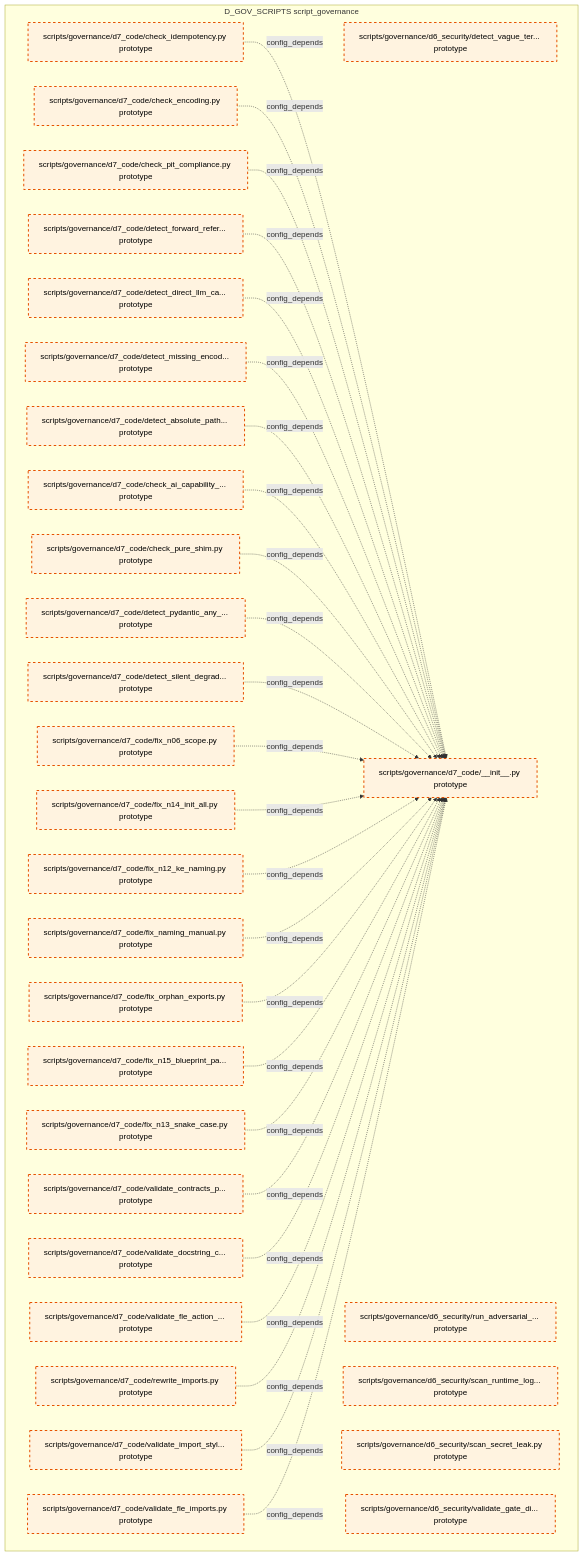
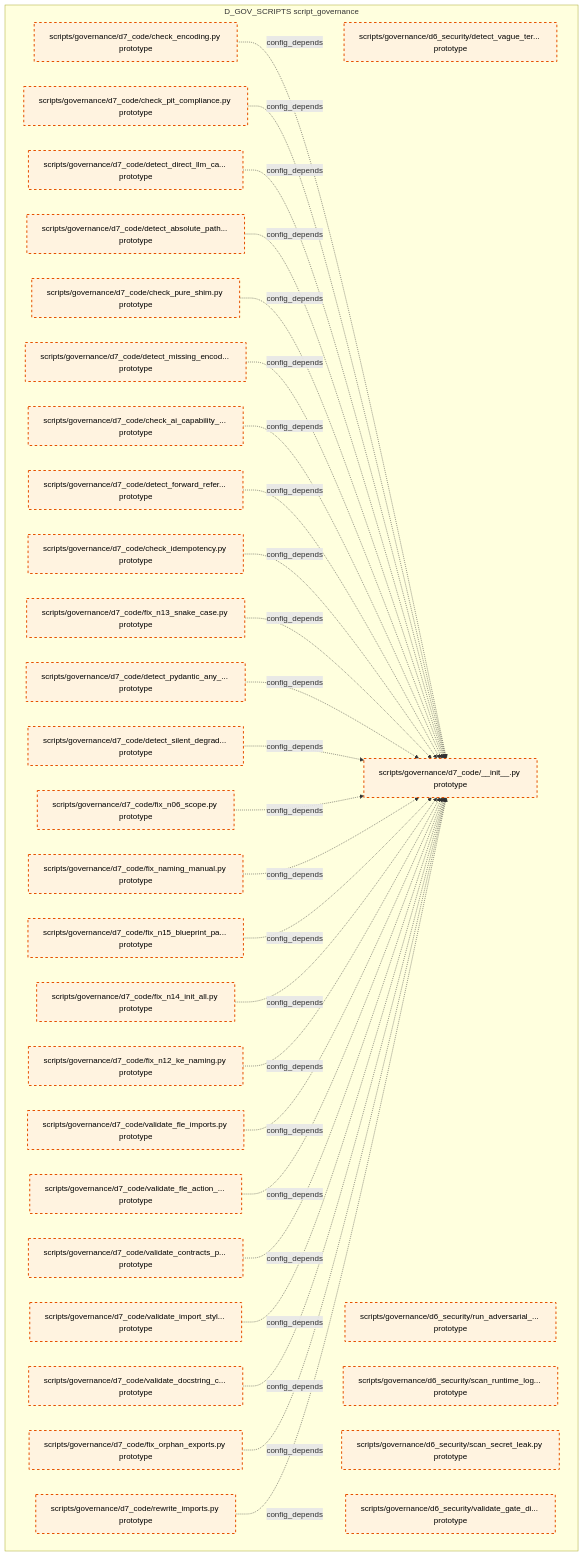
One commit to xuanFelixVan/ZephyrAlpha changed the tenth of 15 diagrams in docs/02_enterprise_architecture/02_domain_architecture_docs/37_d_gov_scripts.md. Above: the diagram before and after it, drawn with Mermaid. The commit also changed other lines of this file and 97 other files, not shown here.

````diff
--- a/docs/02_enterprise_architecture/02_domain_architecture_docs/37_d_gov_scripts.md
+++ b/docs/02_enterprise_architecture/02_domain_architecture_docs/37_d_gov_scripts.md
@@ -696,64 +695,64 @@
 ```mermaid
 graph TD
     subgraph D_GOV_SCRIPTS["D_GOV_SCRIPTS script_governance"]
         scripts_governance_d6_security_detect_vague_terms_py["scripts/governance/d6_security/detect_vague_ter... prototype"]
         scripts_governance_d6_security_run_adversarial_checks_py["scripts/governance/d6_security/run_adversarial_... prototype"]
         scripts_governance_d6_security_scan_runtime_log_secrets_py["scripts/governance/d6_security/scan_runtime_log... prototype"]
         scripts_governance_d6_security_scan_secret_leak_py["scripts/governance/d6_security/scan_secret_leak.py prototype"]
         scripts_governance_d6_security_validate_gate_discipline_py["scripts/governance/d6_security/validate_gate_di... prototype"]
         scripts_governance_d7_code_init_py["scripts/governance/d7_code/__init__.py prototype"]
         scripts_governance_d7_code_check_ai_capability_boundary_py["scripts/governance/d7_code/check_ai_capability_... prototype"]
         scripts_governance_d7_code_check_encoding_py["scripts/governance/d7_code/check_encoding.py prototype"]
         scripts_governance_d7_code_check_idempotency_py["scripts/governance/d7_code/check_idempotency.py prototype"]
         scripts_governance_d7_code_check_pit_compliance_py["scripts/governance/d7_code/check_pit_compliance.py prototype"]
         scripts_governance_d7_code_check_pure_shim_py["scripts/governance/d7_code/check_pure_shim.py prototype"]
         scripts_governance_d7_code_detect_absolute_path_hardcoding_py["scripts/governance/d7_code/detect_absolute_path... prototype"]
         scripts_governance_d7_code_detect_direct_llm_calls_py["scripts/governance/d7_code/detect_direct_llm_ca... prototype"]
         scripts_governance_d7_code_detect_forward_reference_py["scripts/governance/d7_code/detect_forward_refer... prototype"]
         scripts_governance_d7_code_detect_missing_encoding_py["scripts/governance/d7_code/detect_missing_encod... prototype"]
         scripts_governance_d7_code_detect_pydantic_any_fields_py["scripts/governance/d7_code/detect_pydantic_any_... prototype"]
         scripts_governance_d7_code_detect_silent_degradation_py["scripts/governance/d7_code/detect_silent_degrad... prototype"]
         scripts_governance_d7_code_fix_n06_scope_py["scripts/governance/d7_code/fix_n06_scope.py prototype"]
         scripts_governance_d7_code_fix_n12_ke_naming_py["scripts/governance/d7_code/fix_n12_ke_naming.py prototype"]
         scripts_governance_d7_code_fix_n13_snake_case_py["scripts/governance/d7_code/fix_n13_snake_case.py prototype"]
         scripts_governance_d7_code_fix_n14_init_all_py["scripts/governance/d7_code/fix_n14_init_all.py prototype"]
         scripts_governance_d7_code_fix_n15_blueprint_path_py["scripts/governance/d7_code/fix_n15_blueprint_pa... prototype"]
         scripts_governance_d7_code_fix_naming_manual_py["scripts/governance/d7_code/fix_naming_manual.py prototype"]
         scripts_governance_d7_code_fix_orphan_exports_py["scripts/governance/d7_code/fix_orphan_exports.py prototype"]
         scripts_governance_d7_code_rewrite_imports_py["scripts/governance/d7_code/rewrite_imports.py prototype"]
         scripts_governance_d7_code_validate_contracts_purity_py["scripts/governance/d7_code/validate_contracts_p... prototype"]
         scripts_governance_d7_code_validate_docstring_coverage_py["scripts/governance/d7_code/validate_docstring_c... prototype"]
         scripts_governance_d7_code_validate_fle_action_metadata_py["scripts/governance/d7_code/validate_fle_action_... prototype"]
         scripts_governance_d7_code_validate_fle_imports_py["scripts/governance/d7_code/validate_fle_imports.py prototype"]
         scripts_governance_d7_code_validate_import_style_py["scripts/governance/d7_code/validate_import_styl... prototype"]
     end
-    scripts_governance_d7_code_check_idempotency_py -.->|config_depends| scripts_governance_d7_code_init_py
     scripts_governance_d7_code_check_encoding_py -.->|config_depends| scripts_governance_d7_code_init_py
     scripts_governance_d7_code_check_pit_compliance_py -.->|config_depends| scripts_governance_d7_code_init_py
+    scripts_governance_d7_code_detect_direct_llm_calls_py -.->|config_depends| scripts_governance_d7_code_init_py
+    scripts_governance_d7_code_detect_absolute_path_hardcoding_py -.->|config_depends| scripts_governance_d7_code_init_py
+    scripts_governance_d7_code_check_pure_shim_py -.->|config_depends| scripts_governance_d7_code_init_py
+    scripts_governance_d7_code_detect_missing_encoding_py -.->|config_depends| scripts_governance_d7_code_init_py
+    scripts_governance_d7_code_check_ai_capability_boundary_py -.->|config_depends| scripts_governance_d7_code_init_py
     scripts_governance_d7_code_detect_forward_reference_py -.->|config_depends| scripts_governance_d7_code_init_py
-    scripts_governance_d7_code_detect_direct_llm_calls_py -.->|config_depends| scripts_governance_d7_code_init_py
-    scripts_governance_d7_code_detect_missing_encoding_py -.->|config_depends| scripts_governance_d7_code_init_py
-    scripts_governance_d7_code_detect_absolute_path_hardcoding_py -.->|config_depends| scripts_governance_d7_code_init_py
-    scripts_governance_d7_code_check_ai_capability_boundary_py -.->|config_depends| scripts_governance_d7_code_init_py
-    scripts_governance_d7_code_check_pure_shim_py -.->|config_depends| scripts_governance_d7_code_init_py
+    scripts_governance_d7_code_check_idempotency_py -.->|config_depends| scripts_governance_d7_code_init_py
+    scripts_governance_d7_code_fix_n13_snake_case_py -.->|config_depends| scripts_governance_d7_code_init_py
     scripts_governance_d7_code_detect_pydantic_any_fields_py -.->|config_depends| scripts_governance_d7_code_init_py
     scripts_governance_d7_code_detect_silent_degradation_py -.->|config_depends| scripts_governance_d7_code_init_py
     scripts_governance_d7_code_fix_n06_scope_py -.->|config_depends| scripts_governance_d7_code_init_py
+    scripts_governance_d7_code_fix_naming_manual_py -.->|config_depends| scripts_governance_d7_code_init_py
+    scripts_governance_d7_code_fix_n15_blueprint_path_py -.->|config_depends| scripts_governance_d7_code_init_py
     scripts_governance_d7_code_fix_n14_init_all_py -.->|config_depends| scripts_governance_d7_code_init_py
     scripts_governance_d7_code_fix_n12_ke_naming_py -.->|config_depends| scripts_governance_d7_code_init_py
-    scripts_governance_d7_code_fix_naming_manual_py -.->|config_depends| scripts_governance_d7_code_init_py
+    scripts_governance_d7_code_validate_fle_imports_py -.->|config_depends| scripts_governance_d7_code_init_py
+    scripts_governance_d7_code_validate_fle_action_metadata_py -.->|config_depends| scripts_governance_d7_code_init_py
+    scripts_governance_d7_code_validate_contracts_purity_py -.->|config_depends| scripts_governance_d7_code_init_py
+    scripts_governance_d7_code_validate_import_style_py -.->|config_depends| scripts_governance_d7_code_init_py
+    scripts_governance_d7_code_validate_docstring_coverage_py -.->|config_depends| scripts_governance_d7_code_init_py
     scripts_governance_d7_code_fix_orphan_exports_py -.->|config_depends| scripts_governance_d7_code_init_py
-    scripts_governance_d7_code_fix_n15_blueprint_path_py -.->|config_depends| scripts_governance_d7_code_init_py
-    scripts_governance_d7_code_fix_n13_snake_case_py -.->|config_depends| scripts_governance_d7_code_init_py
-    scripts_governance_d7_code_validate_contracts_purity_py -.->|config_depends| scripts_governance_d7_code_init_py
-    scripts_governance_d7_code_validate_docstring_coverage_py -.->|config_depends| scripts_governance_d7_code_init_py
-    scripts_governance_d7_code_validate_fle_action_metadata_py -.->|config_depends| scripts_governance_d7_code_init_py
     scripts_governance_d7_code_rewrite_imports_py -.->|config_depends| scripts_governance_d7_code_init_py
-    scripts_governance_d7_code_validate_import_style_py -.->|config_depends| scripts_governance_d7_code_init_py
-    scripts_governance_d7_code_validate_fle_imports_py -.->|config_depends| scripts_governance_d7_code_init_py
     classDef production fill:#e1f5fe,stroke:#01579b,stroke-width:2px,color:#000
     classDef design fill:#fff3e0,stroke:#e65100,stroke-width:2px,color:#000,stroke-dasharray: 5 5
     classDef external_prod fill:#e8f5e9,stroke:#1b5e20,stroke-width:1px,color:#000
     classDef external_design fill:#fce4ec,stroke:#880e4f,stroke-width:1px,color:#000,stroke-dasharray: 5 5
     class scripts_governance_d6_security_detect_vague_terms_py,scripts_governance_d6_security_run_adversarial_checks_py,scripts_governance_d6_security_scan_runtime_log_secrets_py,scripts_governance_d6_security_scan_secret_leak_py,scripts_governance_d6_security_validate_gate_discipline_py,scripts_governance_d7_code_init_py,scripts_governance_d7_code_check_ai_capability_boundary_py,scripts_governance_d7_code_check_encoding_py,scripts_governance_d7_code_check_idempotency_py,scripts_governance_d7_code_check_pit_compliance_py,scripts_governance_d7_code_check_pure_shim_py,scripts_governance_d7_code_detect_absolute_path_hardcoding_py,scripts_governance_d7_code_detect_direct_llm_calls_py,scripts_governance_d7_code_detect_forward_reference_py,scripts_governance_d7_code_detect_missing_encoding_py,scripts_governance_d7_code_detect_pydantic_any_fields_py,scripts_governance_d7_code_detect_silent_degradation_py,scripts_governance_d7_code_fix_n06_scope_py,scripts_governance_d7_code_fix_n12_ke_naming_py,scripts_governance_d7_code_fix_n13_snake_case_py,scripts_governance_d7_code_fix_n14_init_all_py,scripts_governance_d7_code_fix_n15_blueprint_path_py,scripts_governance_d7_code_fix_naming_manual_py,scripts_governance_d7_code_fix_orphan_exports_py,scripts_governance_d7_code_rewrite_imports_py,scripts_governance_d7_code_validate_contracts_purity_py,scripts_governance_d7_code_validate_docstring_coverage_py,scripts_governance_d7_code_validate_fle_action_metadata_py,scripts_governance_d7_code_validate_fle_imports_py,scripts_governance_d7_code_validate_import_style_py design
 ```
````
